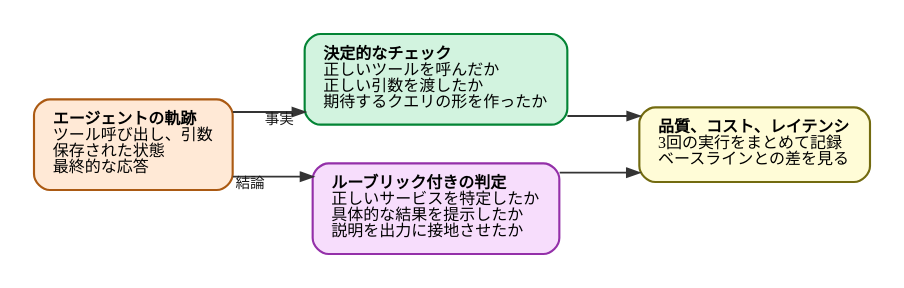
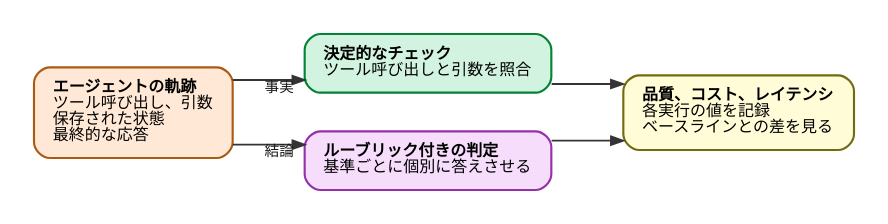
The diagram in diagrams/20260929-agent-eval-loop/20260929-grading-split.dot (ymotongpoo/zenn.dev), drawn with Graphviz before and after one commit. The commit also changed 7 other files, not shown here.

```diff
--- a/diagrams/20260929-agent-eval-loop/20260929-grading-split.dot
+++ b/diagrams/20260929-agent-eval-loop/20260929-grading-split.dot
@@ -1,52 +1,53 @@
 // 記事「もっともらしい答えをどう疑うか」用。
 // 採点の対象によって方法を分ける。構造化された出力には決定的なチェック、
 // より高次の基準にはルーブリック付きの LLM-as-judge。
 // 「事実には構造的なチェックを、結論には意味的なチェックを」という教訓を図にする。
 //
-// 各方法の性質（速い・再現できる／基準ごとに答えさせる）は、
-// 注記だけの浮きノードにせず本文とキャプションに委ねる。
+// 各方法の性質と、判定に使う問いの具体例は本文の表に置く。
+// 図に3行ずつ並べると表と重複し、ノード内が規範の「名前＋1〜2行」を
+// 超える（査読 R-20）。
 digraph grading_split {
   graph [
     fontname="IBM Plex Sans JP", fontsize=13,
     rankdir=LR,
     compound=true, splines=ortho,
     nodesep=0.4, ranksep=0.75, pad=0.25,
     bgcolor="white", newrank=true
   ];
   node [
     fontname="IBM Plex Sans JP", fontsize=12,
     shape=box, style="rounded,filled",
     fillcolor="#F1F1F1", color="#4A4A4A", penwidth=1.6,
     margin="0.2,0.14"
   ];
   edge [
     fontname="IBM Plex Sans JP", fontsize=11,
     color="#343434", penwidth=1.4, arrowsize=0.9,
     fontcolor="#171717"
   ];
 
   trajectory [
     fillcolor="#FFE9D6", color="#AB5A13",
     label=<<b>エージェントの軌跡</b><br align="left"/>ツール呼び出し、引数<br align="left"/>保存された状態<br align="left"/>最終的な応答<br align="left"/>>
   ];
 
   det [
     fillcolor="#D2F3DF", color="#038435",
-    label=<<b>決定的なチェック</b><br align="left"/>正しいツールを呼んだか<br align="left"/>正しい引数を渡したか<br align="left"/>期待するクエリの形を作ったか<br align="left"/>>
+    label=<<b>決定的なチェック</b><br align="left"/>ツール呼び出しと引数を照合<br align="left"/>>
   ];
 
   sem [
     fillcolor="#F7DDFC", color="#9430A9",
-    label=<<b>ルーブリック付きの判定</b><br align="left"/>正しいサービスを特定したか<br align="left"/>具体的な結果を提示したか<br align="left"/>説明を出力に接地させたか<br align="left"/>>
+    label=<<b>ルーブリック付きの判定</b><br align="left"/>基準ごとに個別に答えさせる<br align="left"/>>
   ];
 
   score [
     fillcolor="#FFFCD7", color="#736B10",
-    label=<<b>品質、コスト、レイテンシ</b><br align="left"/>3回の実行をまとめて記録<br align="left"/>ベースラインとの差を見る<br align="left"/>>
+    label=<<b>品質、コスト、レイテンシ</b><br align="left"/>各実行の値を記録<br align="left"/>ベースラインとの差を見る<br align="left"/>>
   ];
 
   trajectory -> det [xlabel="事実 "];
   trajectory -> sem [xlabel="結論 "];
   det -> score;
   sem -> score;
 }
```
